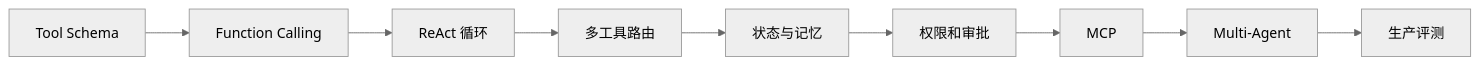
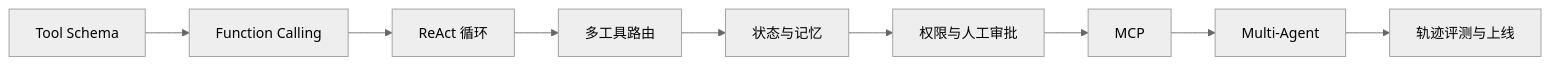
The diagram in src/content/knowledge/03-AI大模型应用开发/01-Agent工程/01-学习指南.md (imberZsk/imber-blog), drawn with Mermaid (neutral theme) before and after one commit. The commit also changed other lines of this file and 213 other files, not shown here.

Commit message:
fix(knowledge): align guide sequences and strengthen guides (#31)

````diff
--- a/src/content/knowledge/03-AI大模型应用开发/01-Agent工程/01-学习指南.md
+++ b/src/content/knowledge/03-AI大模型应用开发/01-Agent工程/01-学习指南.md
@@ -10,11 +11,11 @@
 ```mermaid
 flowchart LR
     A[Tool Schema] --> B[Function Calling]
     B --> C[ReAct 循环]
     C --> D[多工具路由]
     D --> E[状态与记忆]
-    E --> F[权限和审批]
+    E --> F[权限与人工审批]
     F --> G[MCP]
     G --> H[Multi-Agent]
-    H --> I[生产评测]
+    H --> I[轨迹评测与上线]
 ```
````
